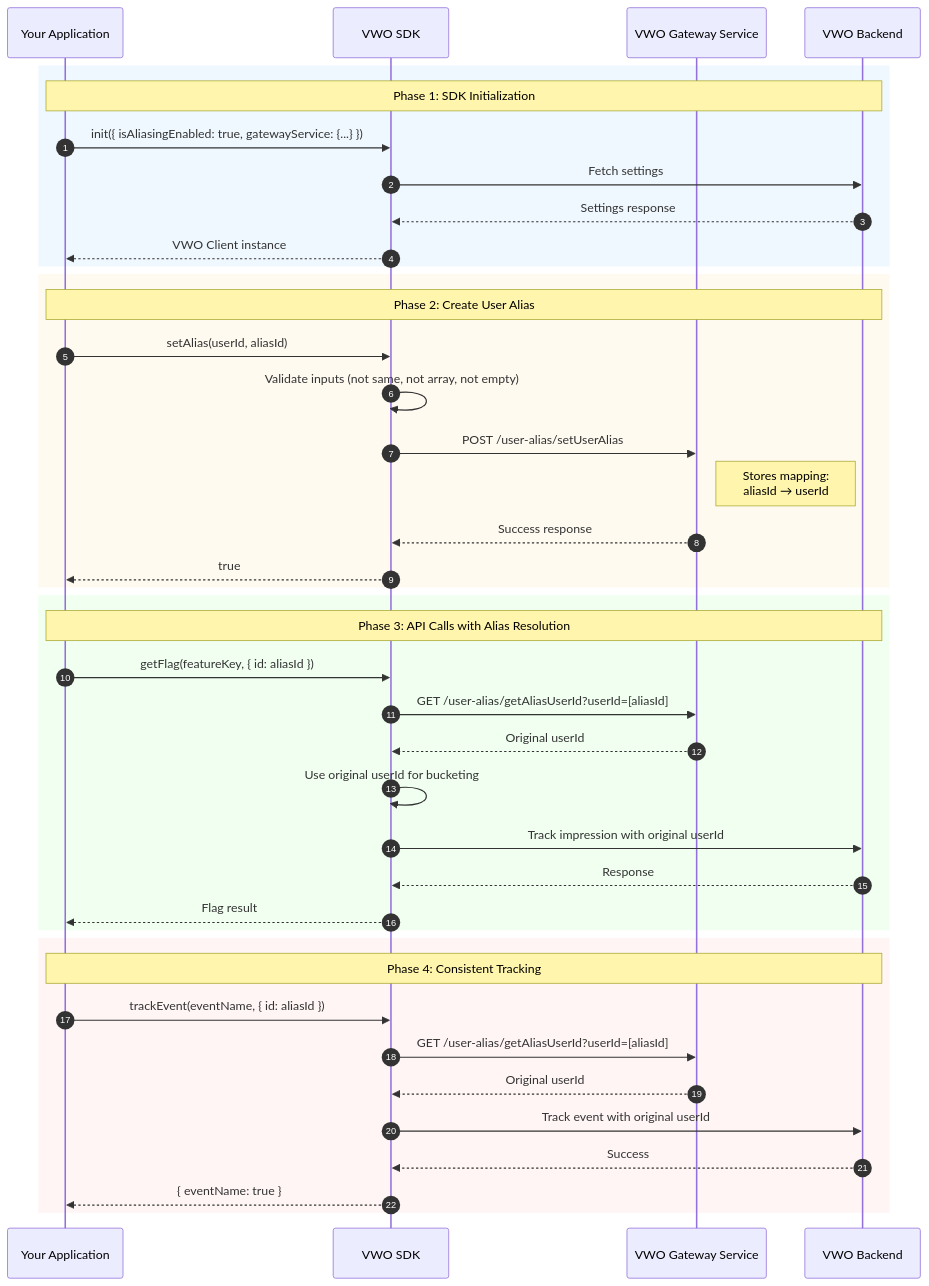
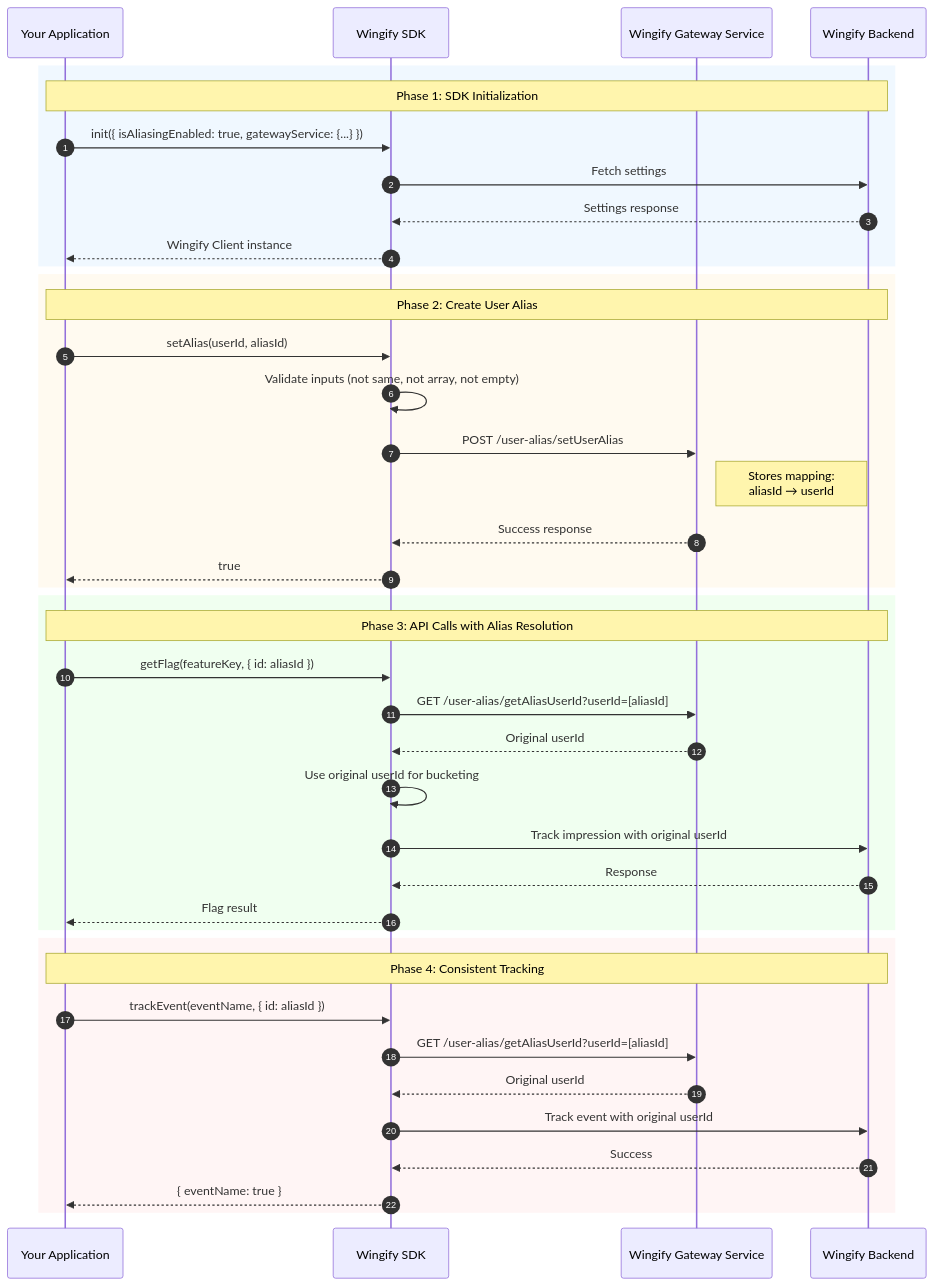
One commit to wingify/readme-central changed the diagram in docs/Concepts/fme-user-aliasing.md. Above: the diagram before and after it, drawn with Mermaid. The commit also changed other lines of this file and 232 other files, not shown here.

Commit message:
VWO -> Wingify branding

````diff
--- a/docs/Concepts/fme-user-aliasing.md
+++ b/docs/Concepts/fme-user-aliasing.md
@@ -44,43 +44,43 @@
 ```mermaid
 sequenceDiagram
     autonumber
     participant App as Your Application
-    participant SDK as VWO SDK
-    participant Gateway as VWO Gateway Service
-    participant Backend as VWO Backend
+    participant SDK as Wingify SDK
+    participant Gateway as Wingify Gateway Service
+    participant Backend as Wingify Backend
     rect rgb(240, 248, 255)
         Note over App,Backend: Phase 1: SDK Initialization
         App->>SDK: init({ isAliasingEnabled: true, gatewayService: {...} })
         SDK->>Backend: Fetch settings
         Backend-->>SDK: Settings response
-        SDK-->>App: VWO Client instance
+        SDK-->>App: Wingify Client instance
     end
     rect rgb(255, 250, 240)
         Note over App,Backend: Phase 2: Create User Alias
         App->>SDK: setAlias(userId, aliasId)
         SDK->>SDK: Validate inputs (not same, not array, not empty)
         SDK->>Gateway: POST /user-alias/setUserAlias
         Note right of Gateway: Stores mapping:<br/>aliasId → userId
         Gateway-->>SDK: Success response
         SDK-->>App: true
     end
     rect rgb(240, 255, 240)
         Note over App,Backend: Phase 3: API Calls with Alias Resolution
         App->>SDK: getFlag(featureKey, { id: aliasId })
         SDK->>Gateway: GET /user-alias/getAliasUserId?userId=[aliasId]
         Gateway-->>SDK: Original userId
         SDK->>SDK: Use original userId for bucketing
         SDK->>Backend: Track impression with original userId
         Backend-->>SDK: Response
         SDK-->>App: Flag result
     end
     rect rgb(255, 245, 245)
         Note over App,Backend: Phase 4: Consistent Tracking
         App->>SDK: trackEvent(eventName, { id: aliasId })
         SDK->>Gateway: GET /user-alias/getAliasUserId?userId=[aliasId]
         Gateway-->>SDK: Original userId
         SDK->>Backend: Track event with original userId
         Backend-->>SDK: Success
         SDK-->>App: { eventName: true }
     end
 ```
````
